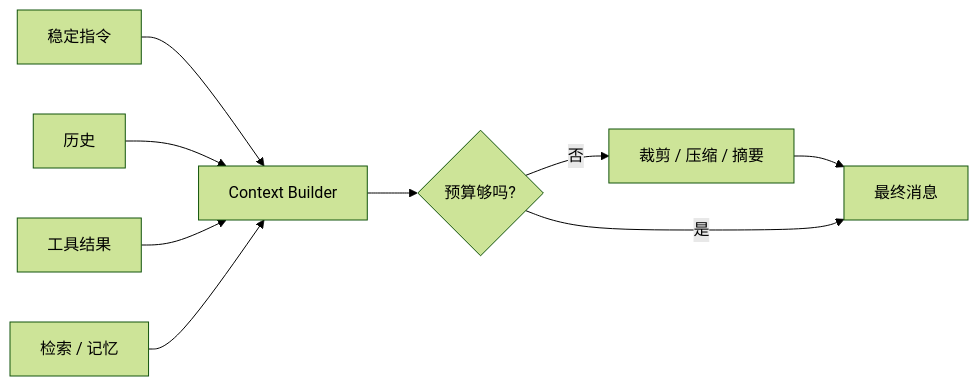
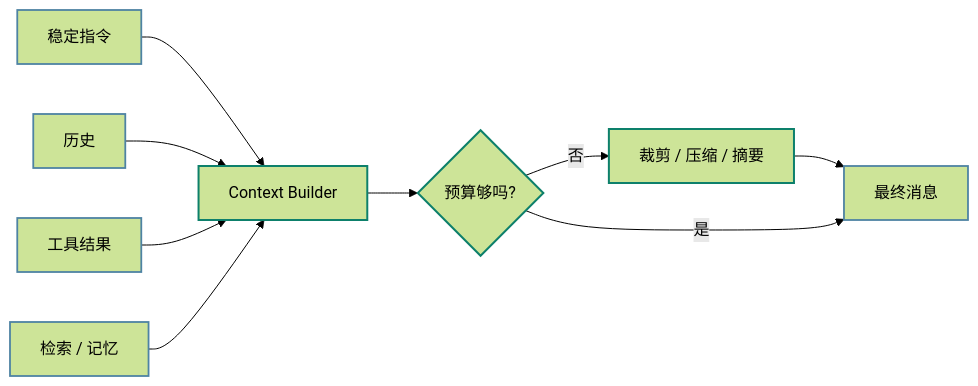
The second of 2 diagrams in lessons/context-engineering-for-agents/README.md (lance2016/ai-app-engineering), drawn with Mermaid (forest theme) before and after one commit. The commit also changed other lines of this file and 21 other files, not shown here.

````diff
--- a/lessons/context-engineering-for-agents/README.md
+++ b/lessons/context-engineering-for-agents/README.md
@@ -56,11 +62,15 @@
 ```mermaid
 flowchart LR
+    classDef runtime stroke:#0d806b,stroke-width:2px
+    classDef data stroke:#4e83a3,stroke-width:1.8px
     I[稳定指令] --> W[Context Builder]
     H[历史] --> W
     T[工具结果] --> W
     K[检索 / 记忆] --> W
     W --> B{预算够吗?}
     B -- 否 --> C[裁剪 / 压缩 / 摘要]
     C --> M[最终消息]
     B -- 是 --> M
+    class I,H,T,K,M data
+    class W,B,C runtime
 ```
````
